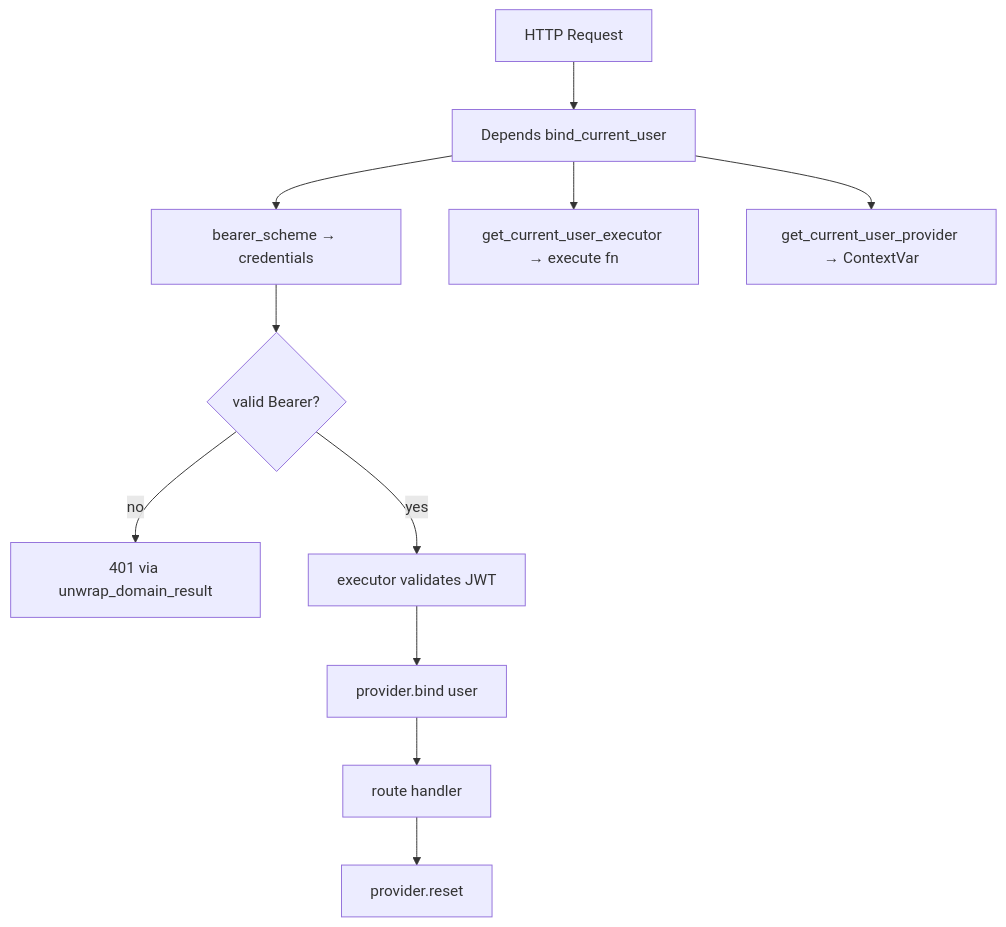
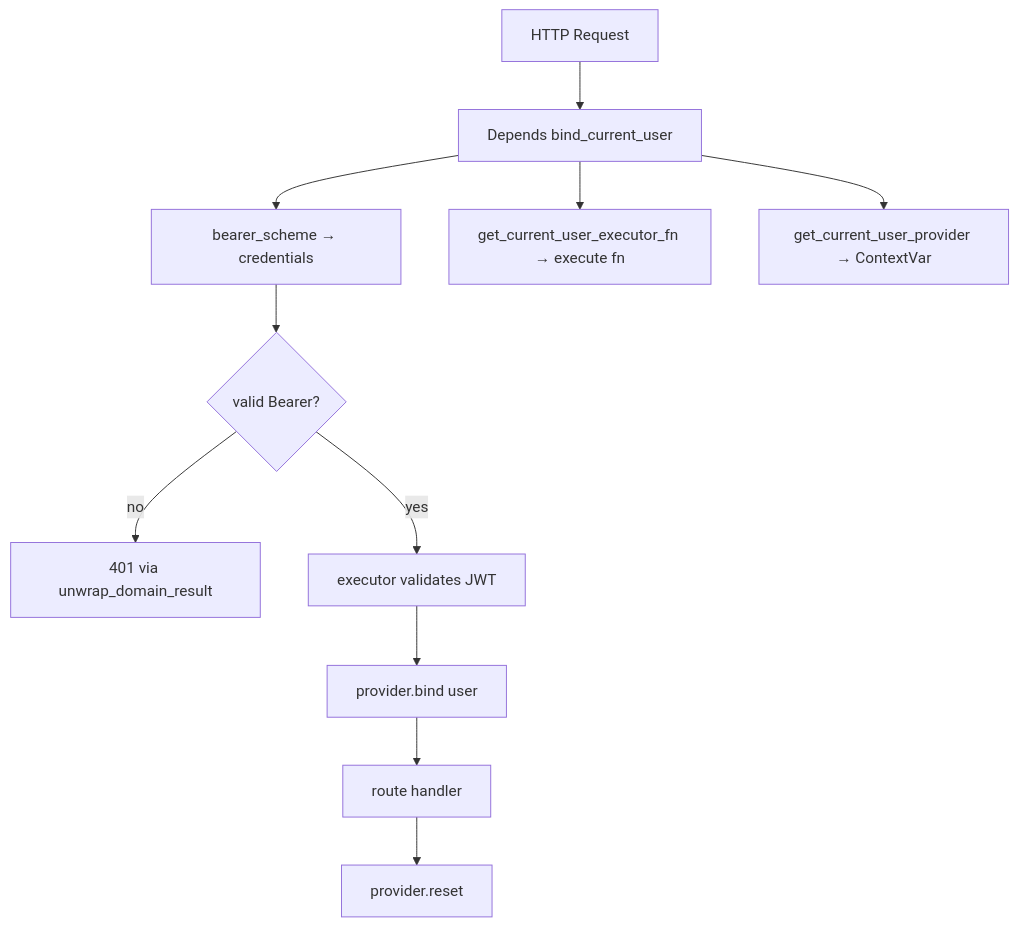
One commit to artem-bayandin/2026-python-hexagonal-kafka-wallet changed the first of 2 diagrams in LEARN_PY.md. Above: the diagram before and after it, drawn with Mermaid. The commit also changed other lines of this file and 34 other files, not shown here.

````diff
--- a/LEARN_PY.md
+++ b/LEARN_PY.md
@@ -265,13 +265,13 @@
 ```mermaid
 flowchart TD
     A[HTTP Request] --> B[Depends bind_current_user]
     B --> C[bearer_scheme → credentials]
-    B --> D[get_current_user_executor → execute fn]
+    B --> D[get_current_user_executor_fn → execute fn]
     B --> E[get_current_user_provider → ContextVar]
     C --> F{valid Bearer?}
     F -->|no| G[401 via unwrap_domain_result]
     F -->|yes| H[executor validates JWT]
     H --> I[provider.bind user]
     I --> J[route handler]
     J --> K[provider.reset]
 ```
````
